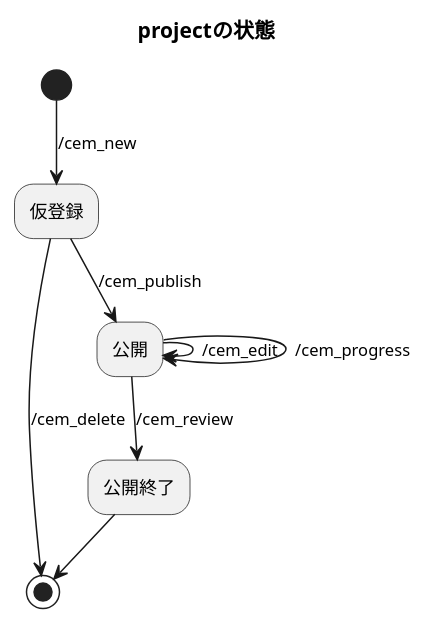
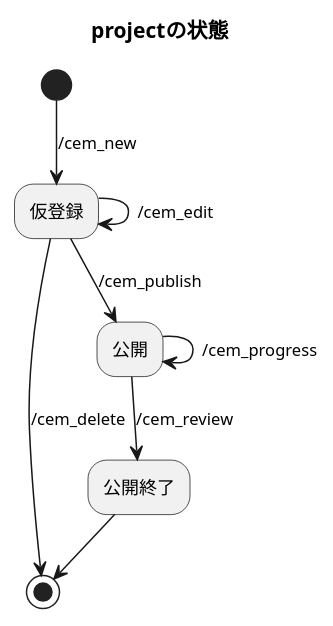
Before and after one commit to challenge-every-month/cem-app: the diagram in modeling/projectStatemachine.puml, drawn with PlantUML.

Commit message:
add: cem_editのstateMachine図が誤っていたので修正

```diff
--- a/modeling/projectStatemachine.puml
+++ b/modeling/projectStatemachine.puml
@@ -1,10 +1,10 @@
 @startuml
 title projectの状態
 (*)  --> [/cem_new]"仮登録"
 "仮登録" --> [/cem_delete](*)
-"公開" --> [/cem_edit]"公開"
+"仮登録" --> [/cem_edit]"仮登録"
 "公開" --> [/cem_progress]"公開"
 "仮登録" --> [/cem_publish]"公開"
 "公開" --> [/cem_review]"公開終了"
 -->(*)
 @enduml
```
